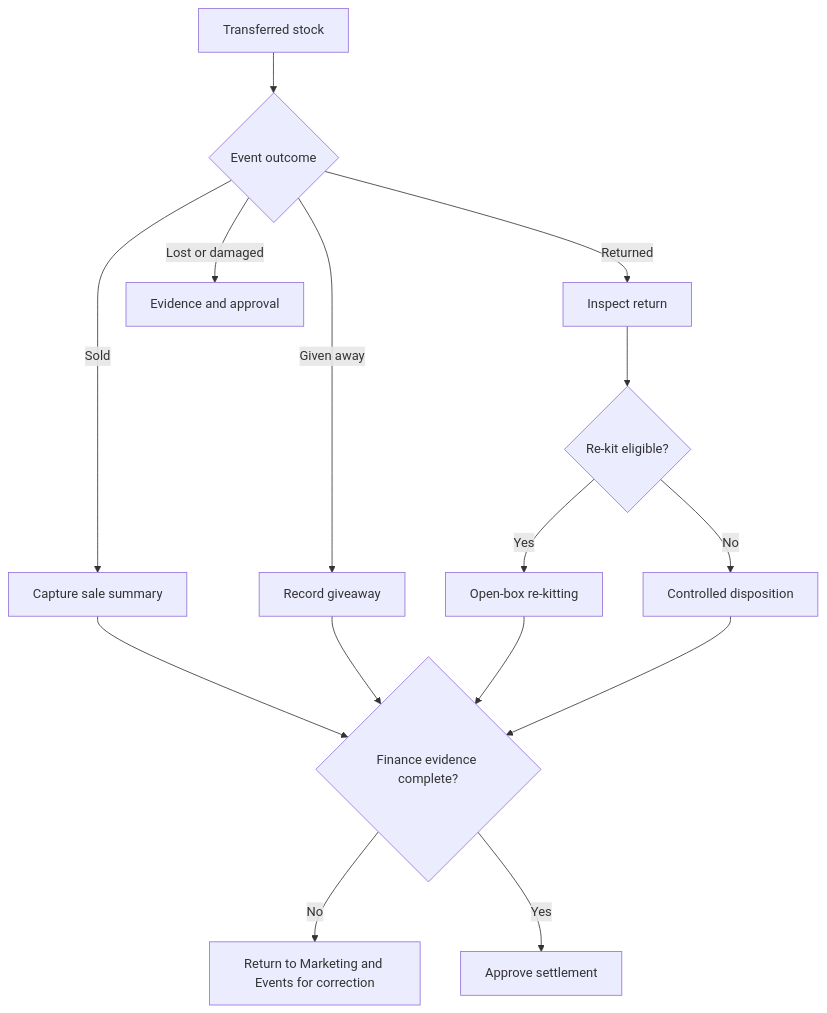
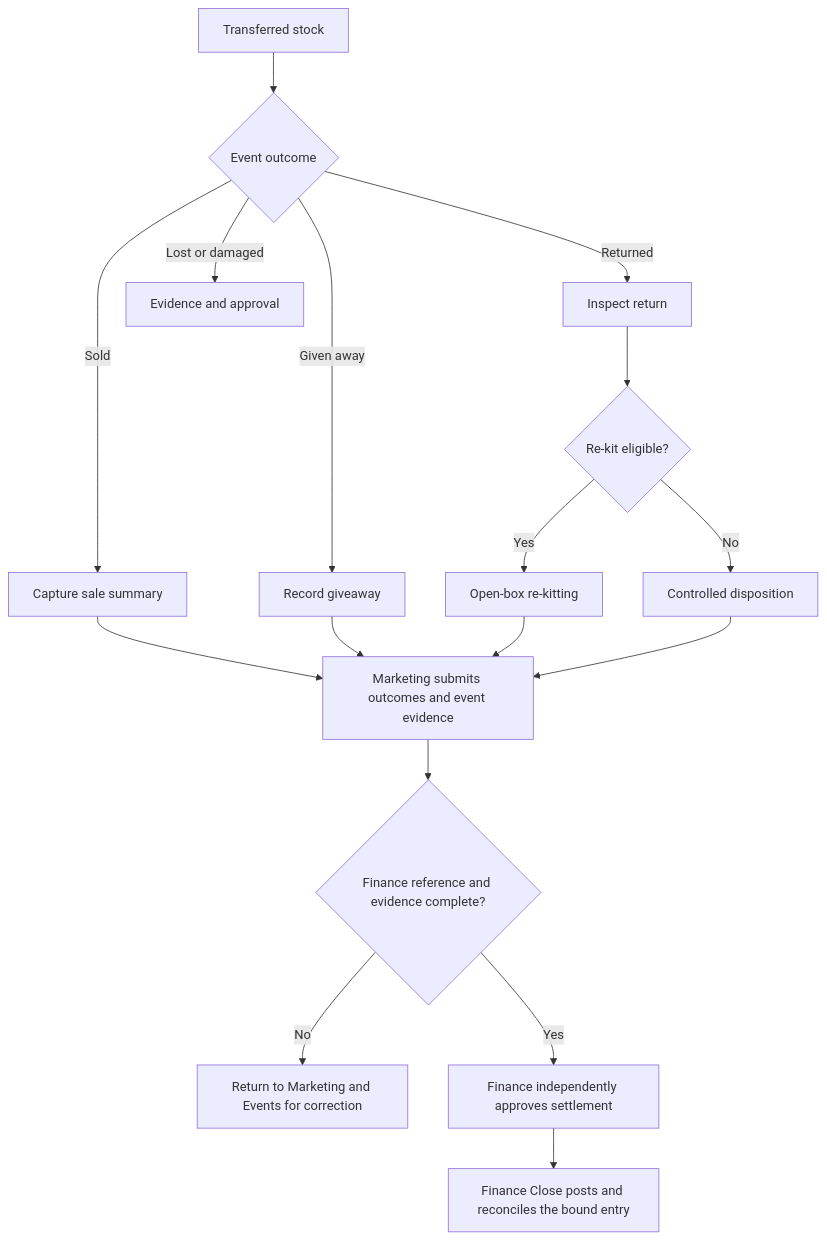
One commit to normanwashere/mwell-intra changed diagram 24 of 27 in docs/manual/MWELL_INTRA_USER_MANUAL.md. Above: the diagram before and after it, drawn with Mermaid. The commit also changed other lines of this file and 55 other files, not shown here.

````diff
--- a/docs/manual/MWELL_INTRA_USER_MANUAL.md
+++ b/docs/manual/MWELL_INTRA_USER_MANUAL.md
@@ -597,18 +603,20 @@
 ```mermaid
 %% handbook-flow: workflow=event-custody; view=decision; stages=Demand|Approval|Transfer|Event|Outcome|Return|Settlement
 flowchart TD
   T[Transferred stock] --> O{Event outcome}
   O -->|Sold| S[Capture sale summary]
   O -->|Given away| G[Record giveaway]
   O -->|Returned| R[Inspect return]
   O -->|Lost or damaged| X[Evidence and approval]
   R --> K{Re-kit eligible?}
   K -->|Yes| Q[Open-box re-kitting]
   K -->|No| C[Controlled disposition]
-  S --> F{Finance evidence complete?}
-  G --> F
-  Q --> F
-  C --> F
+  S --> E[Marketing submits outcomes and event evidence]
+  G --> E
+  Q --> E
+  C --> E
+  E --> F{Finance reference and evidence complete?}
   F -->|No| M[Return to Marketing and Events for correction]
-  F -->|Yes| Z[Approve settlement]
+  F -->|Yes| Z[Finance independently approves settlement]
+  Z --> P[Finance Close posts and reconciles the bound entry]
 ```
````
